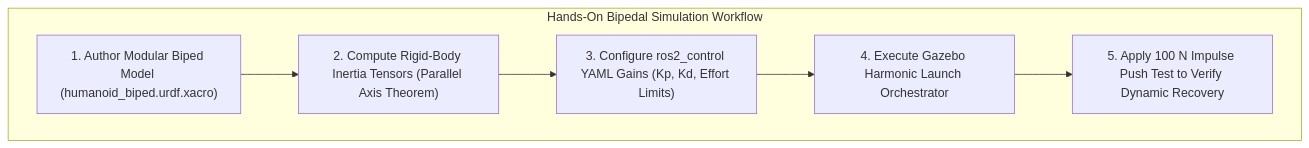
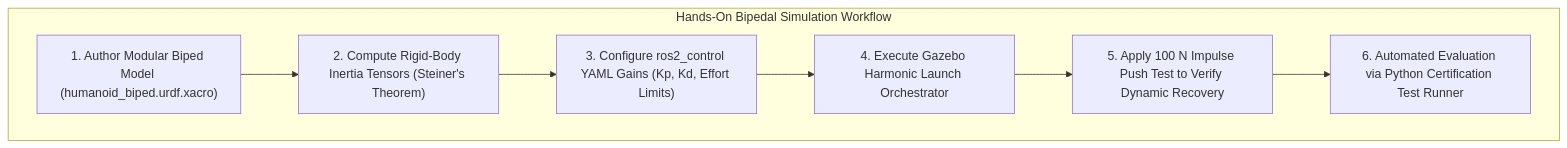
Before and after one commit to MudassirT/Physical-AI-Humanoid-Robotics: the diagram in ai-book-docs/module2-digital-twin/2-5-hands-on-exercises.mdx, drawn with Mermaid. The commit also changed other lines of this file and 1 other file, not shown here.

````diff
--- a/ai-book-docs/module2-digital-twin/2-5-hands-on-exercises.mdx
+++ b/ai-book-docs/module2-digital-twin/2-5-hands-on-exercises.mdx
@@ -10,9 +14,10 @@
 ```mermaid
 flowchart TD
     subgraph LabWorkflow["Hands-On Bipedal Simulation Workflow"]
-        Xacro["1. Author Modular Biped Model (humanoid_biped.urdf.xacro)"] --> InertiaCalc["2. Compute Rigid-Body Inertia Tensors (Parallel Axis Theorem)"]
+        Xacro["1. Author Modular Biped Model (humanoid_biped.urdf.xacro)"] --> InertiaCalc["2. Compute Rigid-Body Inertia Tensors (Steiner's Theorem)"]
         InertiaCalc --> ControllerYAML["3. Configure ros2_control YAML Gains (Kp, Kd, Effort Limits)"]
         ControllerYAML --> LaunchSim["4. Execute Gazebo Harmonic Launch Orchestrator"]
         LaunchSim --> VerifyBalance["5. Apply 100 N Impulse Push Test to Verify Dynamic Recovery"]
+        VerifyBalance --> AutoGrade["6. Automated Evaluation via Python Certification Test Runner"]
     end
 ```
````
